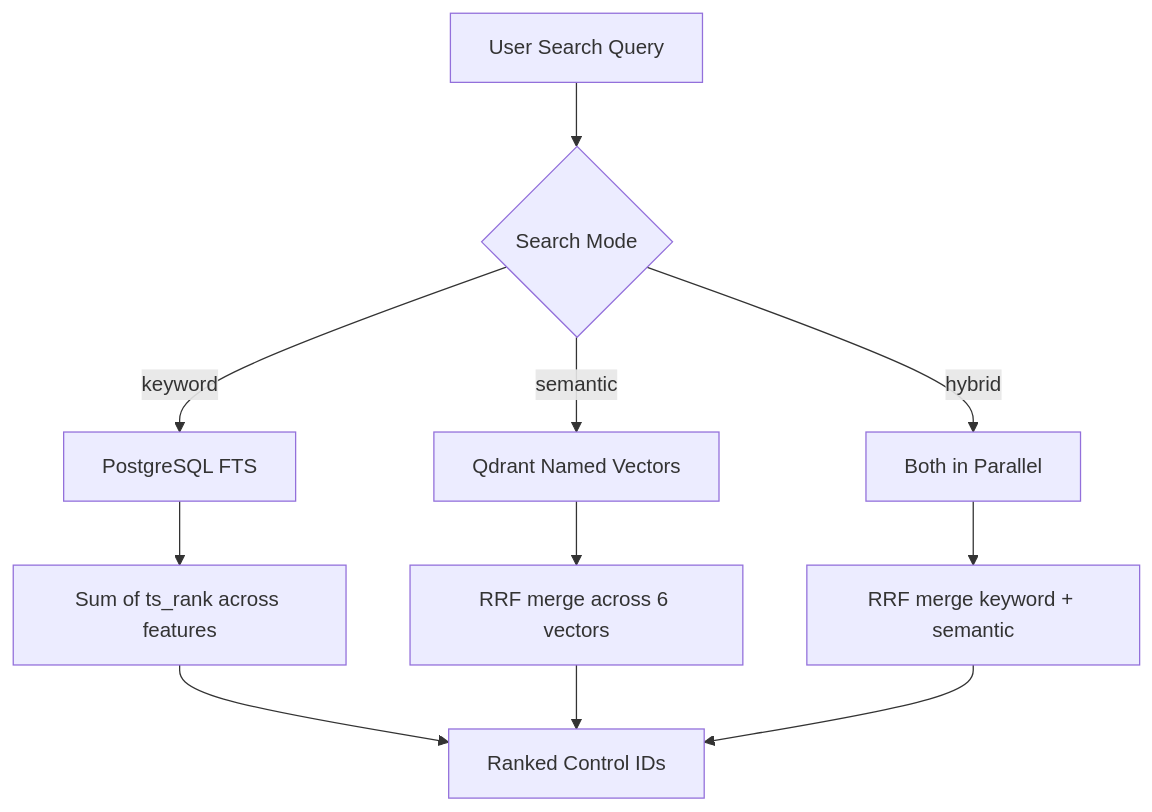
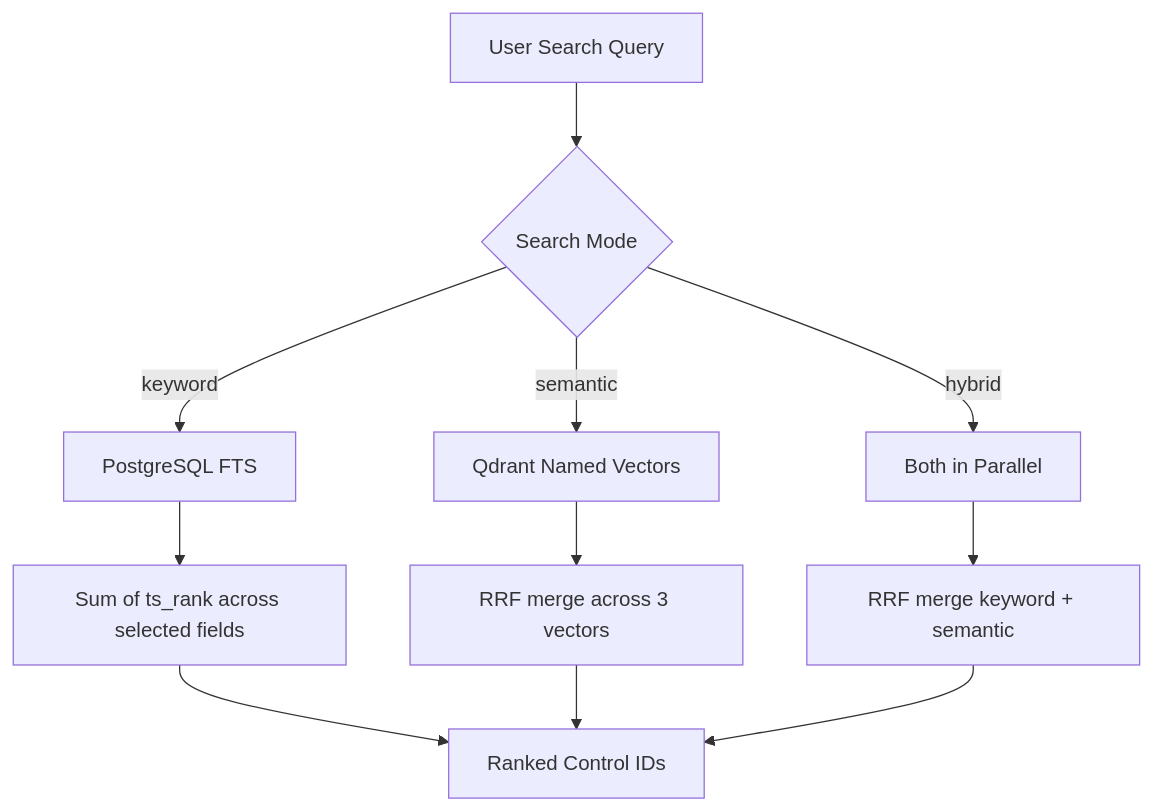
One commit to white07S/application changed the sixth of 7 diagrams in docs/pipelines/controls-pipeline.md. Above: the diagram before and after it, drawn with Mermaid. The commit also changed other lines of this file and 35 other files, not shown here.

````diff
--- a/docs/pipelines/controls-pipeline.md
+++ b/docs/pipelines/controls-pipeline.md
@@ -380,16 +391,16 @@
 ```mermaid
 flowchart TB
     QUERY[User Search Query] --> MODE{Search Mode}
 
     MODE -->|keyword| KW[PostgreSQL FTS]
     MODE -->|semantic| SEM[Qdrant Named Vectors]
     MODE -->|hybrid| HYB[Both in Parallel]
 
-    KW --> RANK_KW[Sum of ts_rank across features]
-    SEM --> RANK_SEM[RRF merge across 6 vectors]
+    KW --> RANK_KW[Sum of ts_rank across selected fields]
+    SEM --> RANK_SEM[RRF merge across 3 vectors]
     HYB --> MERGE[RRF merge keyword + semantic]
 
     RANK_KW --> RESULTS[Ranked Control IDs]
     RANK_SEM --> RESULTS
     MERGE --> RESULTS
 ```
````
